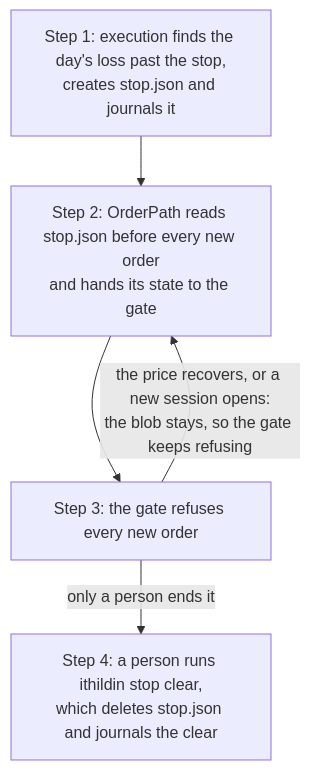
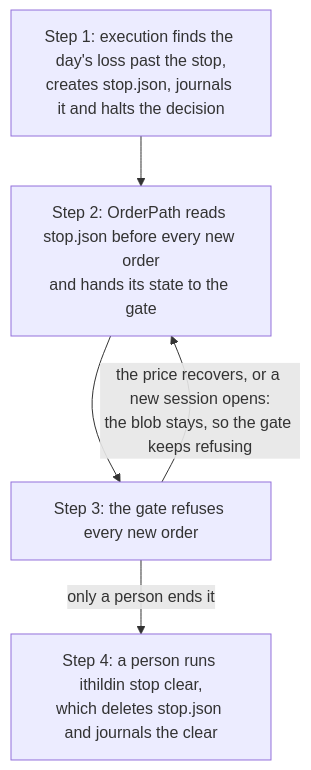
One commit to l3a0/ithildin-runtime changed diagram 14 of 18 in docs/architecture/06-runtime.md. Above: the diagram before and after it, drawn with Mermaid. The commit also changed other lines of this file and 33 other files, not shown here.

First line of the commit message:
feat(risk): the risk gate, its seven limits and the day's loss reading

````diff
--- a/docs/architecture/06-runtime.md
+++ b/docs/architecture/06-runtime.md
@@ -858,11 +872,11 @@
 ```mermaid
 flowchart TD
-    fire["Step 1: execution finds the day's loss past the stop,<br/>creates stop.json and journals it"]
+    fire["Step 1: execution finds the day's loss past the stop,<br/>creates stop.json, journals it and halts the decision"]
     read["Step 2: OrderPath reads stop.json before every new order<br/>and hands its state to the gate"]
     refuse["Step 3: the gate refuses every new order"]
     clear["Step 4: a person runs ithildin stop clear,<br/>which deletes stop.json and journals the clear"]
     fire --> read
     read --> refuse
     refuse -->|"the price recovers, or a new session opens:<br/>the blob stays, so the gate keeps refusing"| read
     refuse -->|"only a person ends it"| clear
 ```
````
